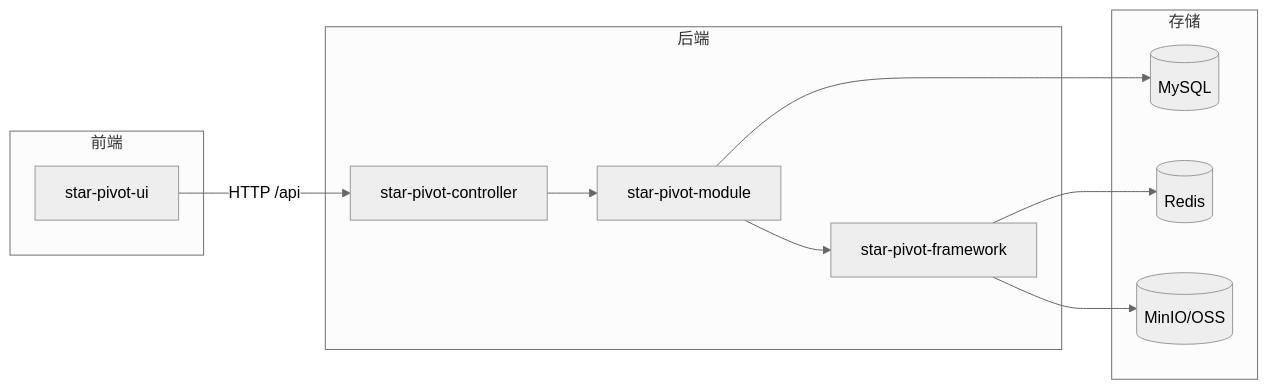
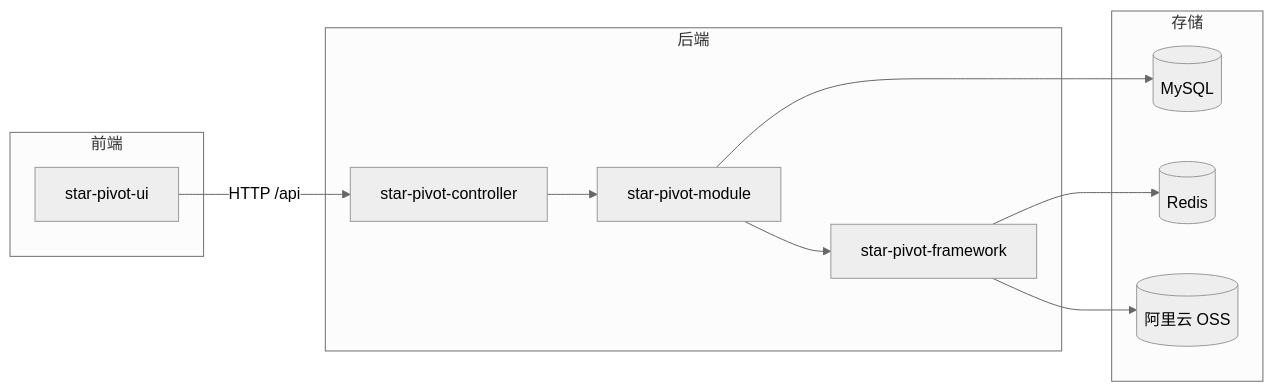
One commit to xinxin-star1998/star-pivot changed the third of 8 diagrams in doc/架构图与流程图.md. Above: the diagram before and after it, drawn with Mermaid (neutral theme). The commit also changed other lines of this file and 20 other files, not shown here.

Commit message:
refactor(file): unify storage on OSS and remove MinIO

````diff
--- a/doc/架构图与流程图.md
+++ b/doc/架构图与流程图.md
@@ -175,22 +175,22 @@
 ```mermaid
 flowchart LR
     subgraph 前端
         UI[star-pivot-ui]
     end
     subgraph 后端
         API[star-pivot-controller]
         MOD[star-pivot-module]
         FW[star-pivot-framework]
         API --> MOD
         MOD --> FW
     end
     subgraph 存储
         DB[(MySQL)]
         RD[(Redis)]
-        FS[(MinIO/OSS)]
+        FS[(阿里云 OSS)]
     end
     UI -->|HTTP /api| API
     FW --> RD
     MOD --> DB
     FW --> FS
 ```
````
